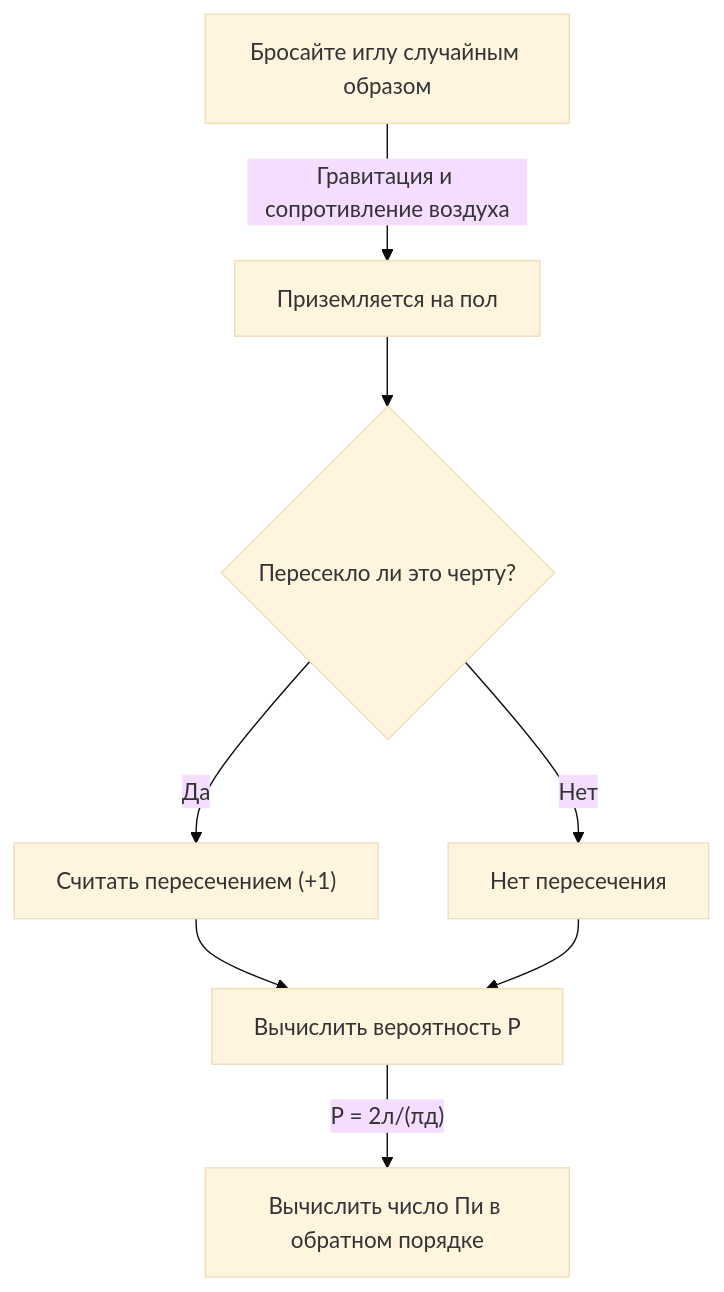
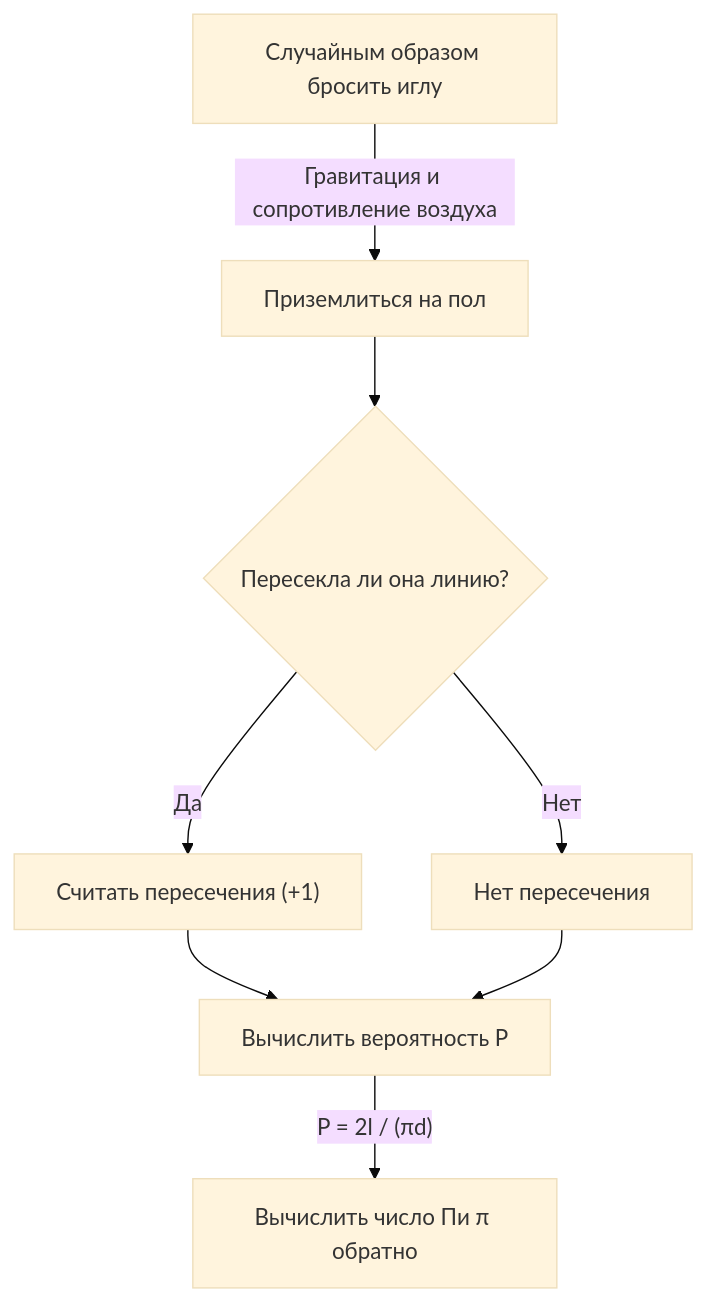
The diagram in content/post/buffons-needle/index.ru.md (kenjinote/blog), drawn with Mermaid (base theme) before and after one commit. The commit also changed other lines of this file and 97 other files, not shown here.

````diff
--- a/content/post/buffons-needle/index.ru.md
+++ b/content/post/buffons-needle/index.ru.md
@@ -36,10 +36,10 @@
 ```mermaid
 graph TD
-    A["Бросайте иглу случайным образом"] -->|"Гравитация и сопротивление воздуха"| B["Приземляется на пол"]
-    B --> C{"Пересекло ли это черту?"}
-    C -->|"Да"| D["Считать пересечением (+1)"]
+    A["Случайным образом бросить иглу"] -->|"Гравитация и сопротивление воздуха"| B["Приземлиться на пол"]
+    B --> C{"Пересекла ли она линию?"}
+    C -->|"Да"| D["Считать пересечения (+1)"]
     C -->|"Нет"| E["Нет пересечения"]
     D --> F["Вычислить вероятность P"]
     E --> F
-    F -->|"Р = 2л/(πд)"| G["Вычислить число Пи в обратном порядке"]
+    F -->|"P = 2l / (πd)"| G["Вычислить число Пи π обратно"]
 ```
````
